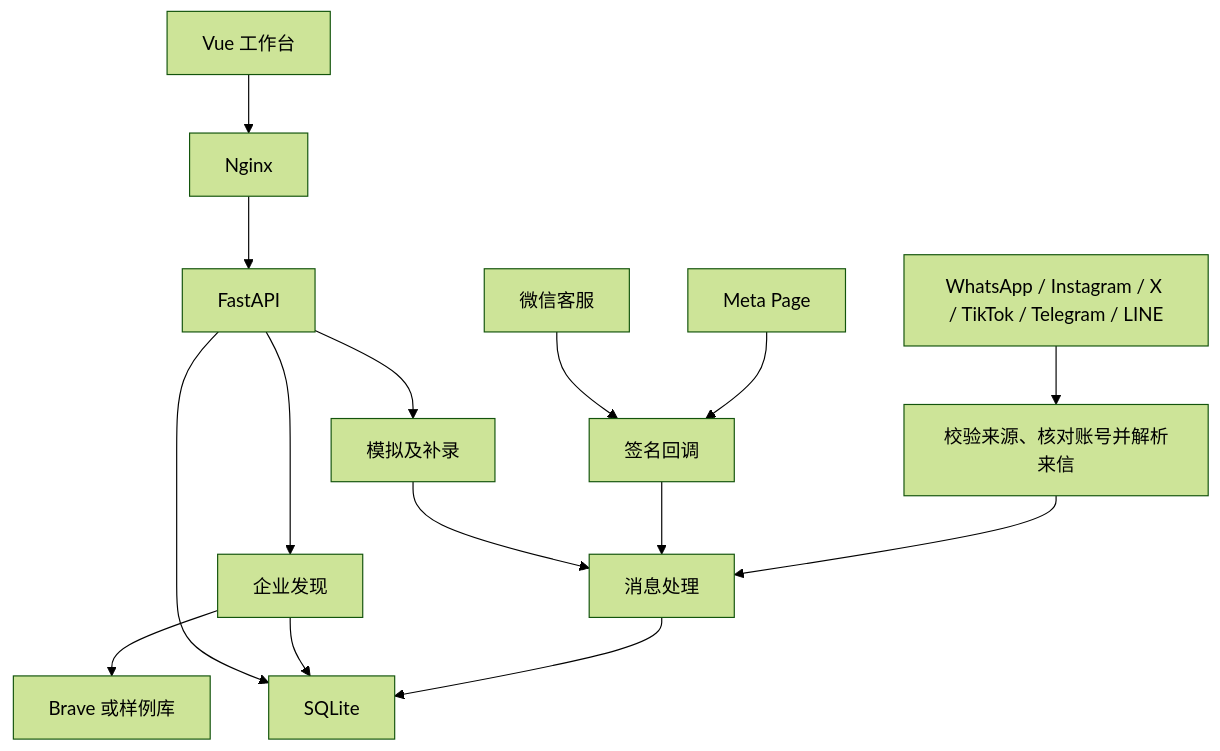
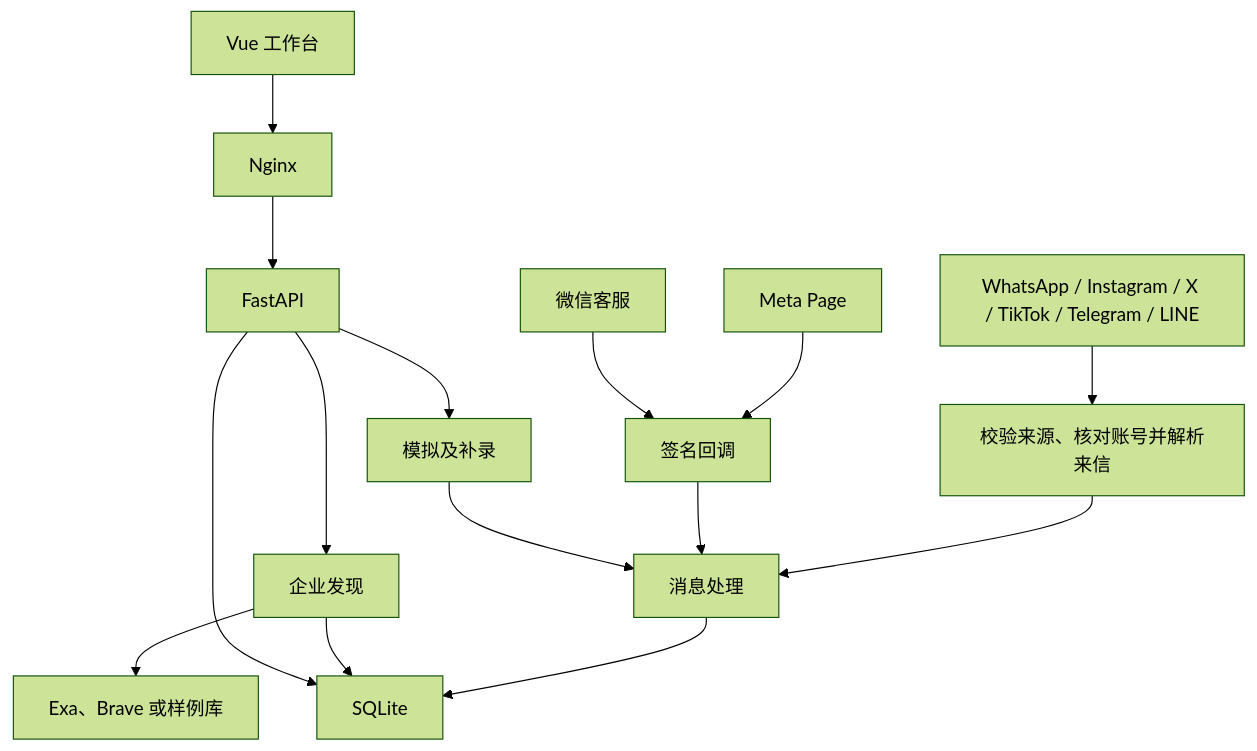
One commit to MrZhao-hub666/HACK changed the diagram in DESIGN.md. Above: the diagram before and after it, drawn with Mermaid (forest theme). The commit also changed other lines of this file and 52 other files, not shown here.

````diff
--- a/DESIGN.md
+++ b/DESIGN.md
@@ -11,17 +13,17 @@
 ```mermaid
 flowchart TD
   Web["Vue 工作台"] --> Gateway["Nginx"]
   Gateway --> API["FastAPI"]
   API --> Find["企业发现"]
-  Find --> Search["Brave 或样例库"]
+  Find --> Search["Exa、Brave 或样例库"]
   API --> Intake["模拟及补录"]
   Meta["Meta Page"] --> Adapter["签名回调"]
   Social["WhatsApp / Instagram / X / TikTok / Telegram / LINE"] --> SocialAdapter["校验来源、核对账号并解析来信"]
   SocialAdapter --> Inbox
   WX["微信客服"] --> Adapter
   Adapter --> Inbox["消息处理"]
   Intake --> Inbox
   Inbox --> DB["SQLite"]
   Find --> DB
   API --> DB
 ```
````
